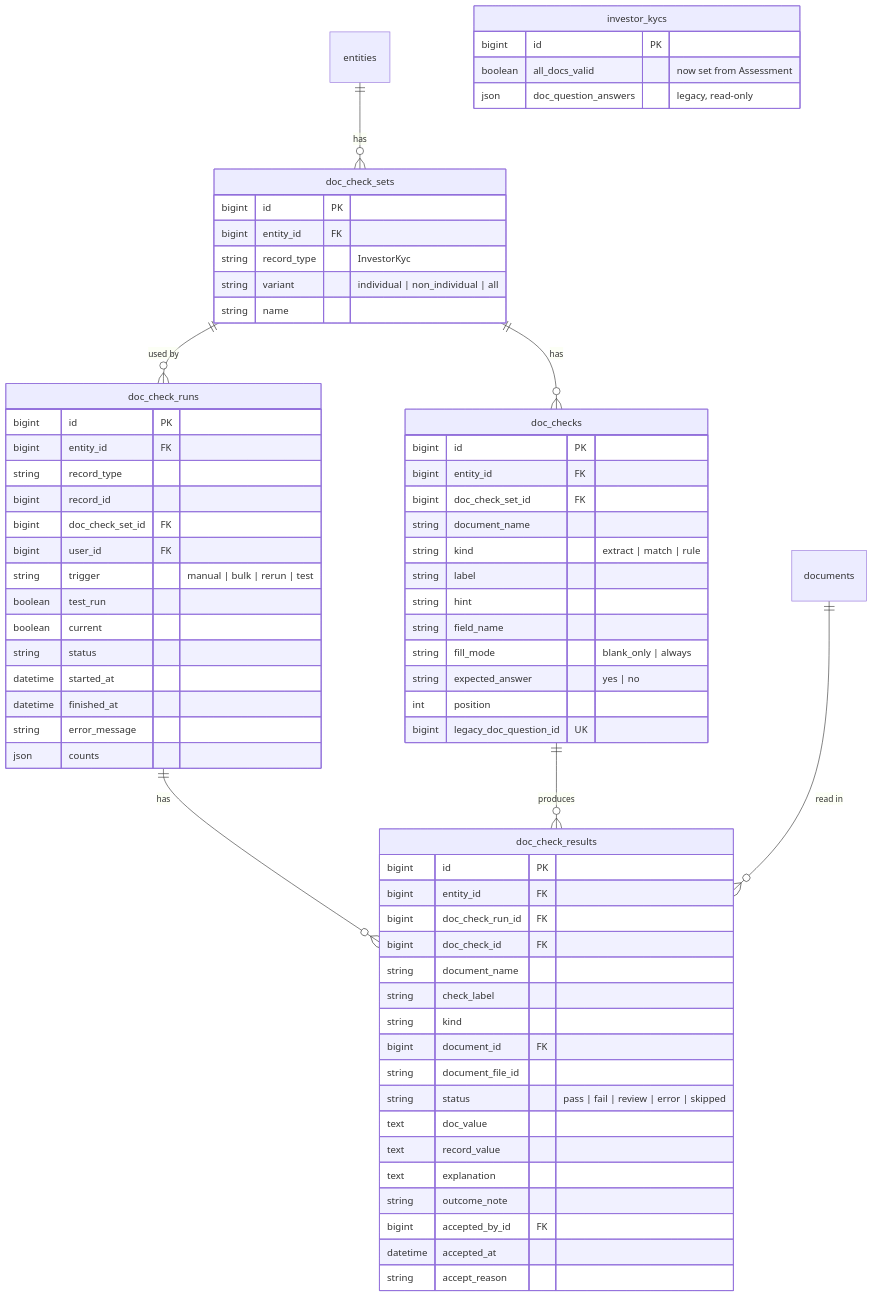
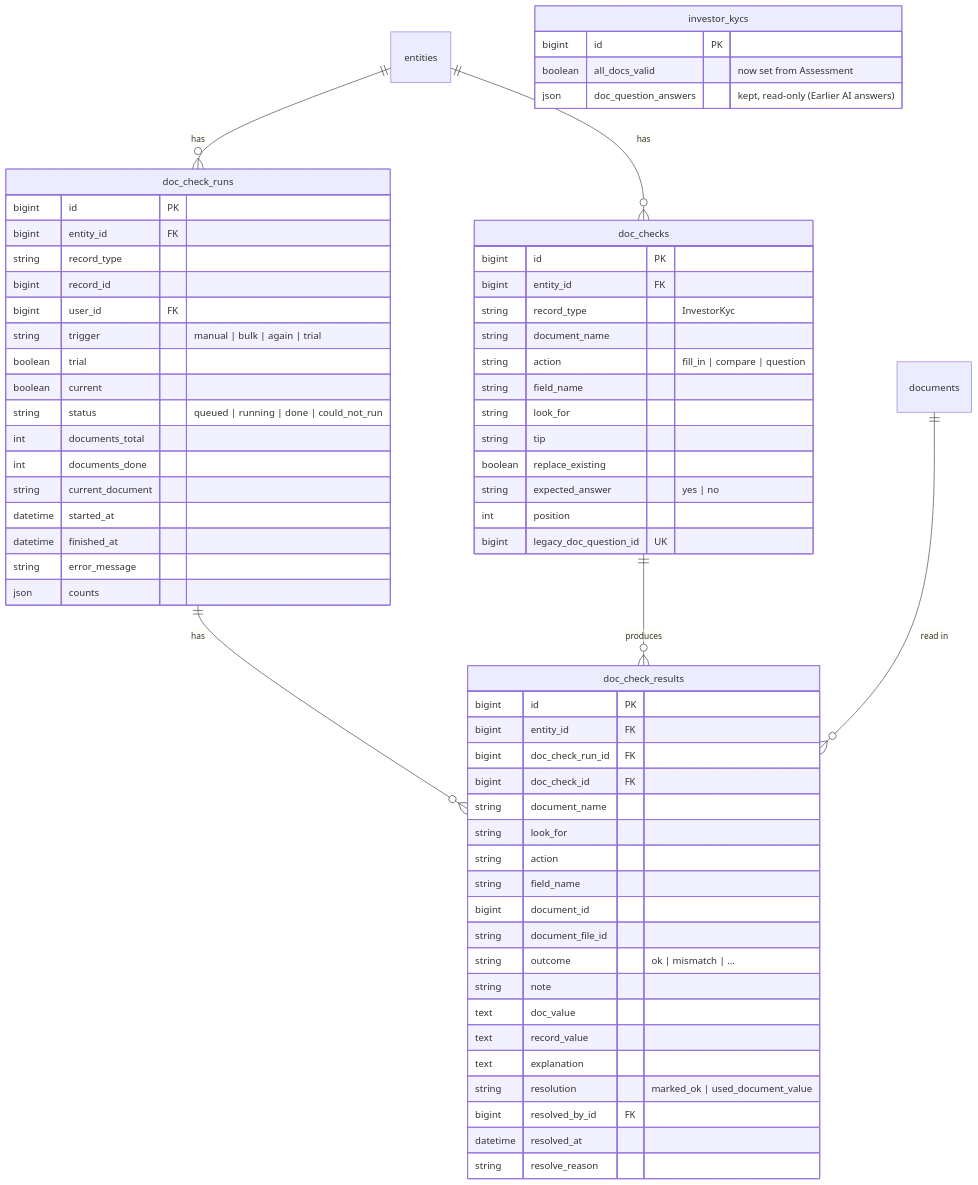
Diagram 11 of 12 in openspec/changes/document-checks/design.md (sampadadiwan/IRM_CompanyMain), drawn with Mermaid before and after one commit. The commit also changed other lines of this file and 85 other files, not shown here.

First line of the commit message:
Document checks (#1773)

````diff
--- a/openspec/changes/document-checks/design.md
+++ b/openspec/changes/document-checks/design.md
@@ -890,70 +949,66 @@
 ```mermaid
 erDiagram
-    entities ||--o{ doc_check_sets : "has"
-    doc_check_sets ||--o{ doc_checks : "has"
-    doc_check_sets ||--o{ doc_check_runs : "used by"
+    entities ||--o{ doc_checks : "has"
+    entities ||--o{ doc_check_runs : "has"
     doc_check_runs ||--o{ doc_check_results : "has"
     doc_checks ||--o{ doc_check_results : "produces"
     documents ||--o{ doc_check_results : "read in"
-    doc_check_sets {
+    doc_checks {
         bigint id PK
         bigint entity_id FK
         string record_type "InvestorKyc"
-        string variant "individual | non_individual | all"
-        string name
-    }
-    doc_checks {
-        bigint id PK
-        bigint entity_id FK
-        bigint doc_check_set_id FK
         string document_name
-        string kind "extract | match | rule"
-        string label
-        string hint
+        string action "fill_in | compare | question"
         string field_name
-        string fill_mode "blank_only | always"
+        string look_for
+        string tip
+        boolean replace_existing
         string expected_answer "yes | no"
         int position
         bigint legacy_doc_question_id UK
     }
     doc_check_runs {
         bigint id PK
         bigint entity_id FK
         string record_type
         bigint record_id
-        bigint doc_check_set_id FK
         bigint user_id FK
-        string trigger "manual | bulk | rerun | test"
-        boolean test_run
+        string trigger "manual | bulk | again | trial"
+        boolean trial
         boolean current
-        string status
+        string status "queued | running | done | could_not_run"
+        int documents_total
+        int documents_done
+        string current_document
         datetime started_at
         datetime finished_at
         string error_message
         json counts
     }
     doc_check_results {
         bigint id PK
         bigint entity_id FK
         bigint doc_check_run_id FK
         bigint doc_check_id FK
         string document_name
-        string check_label
-        string kind
-        bigint document_id FK
+        string look_for
+        string action
+        string field_name
+        bigint document_id
         string document_file_id
-        string status "pass | fail | review | error | skipped"
+        string outcome "ok | mismatch | …"
+        string note
         text doc_value
         text record_value
         text explanation
-        string outcome_note
-        bigint accepted_by_id FK
-        datetime accepted_at
-        string accept_reason
+        string resolution "marked_ok | used_document_value"
+        bigint resolved_by_id FK
+        datetime resolved_at
+        string resolve_reason
     }
     investor_kycs {
         bigint id PK
         boolean all_docs_valid "now set from Assessment"
-        json doc_question_answers "legacy, read-only"
+        json doc_question_answers "kept, read-only (Earlier AI answers)"
     }
 ```
````
